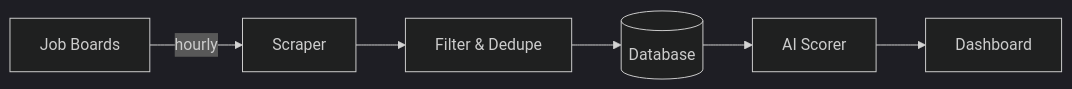
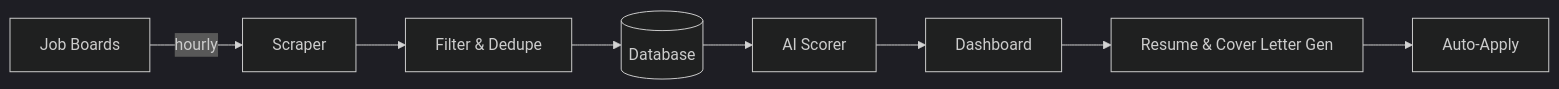
One commit to kelvanb97/auto-job-app changed the diagram in README.md. Above: the diagram before and after it, drawn with Mermaid (dark theme). The commit also changed other lines of this file and 11 other files, not shown here.

````diff
--- a/README.md
+++ b/README.md
@@ -20,8 +19,10 @@
 ```mermaid
 flowchart LR
     A[Job Boards] -->|hourly| B[Scraper]
     B --> C[Filter & Dedupe]
     C --> D[(Database)]
     D --> E[AI Scorer]
     E --> F[Dashboard]
+    F --> G[Resume & Cover Letter Gen]
+    G --> H[Auto-Apply]
 ```
````
